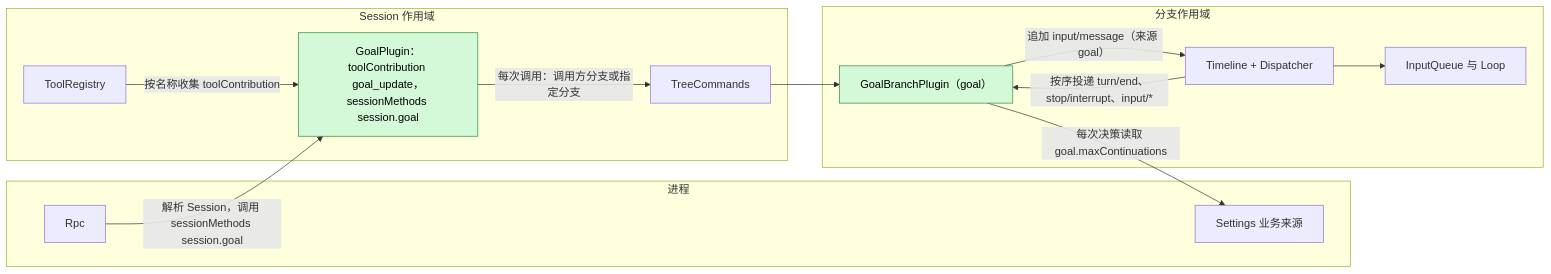
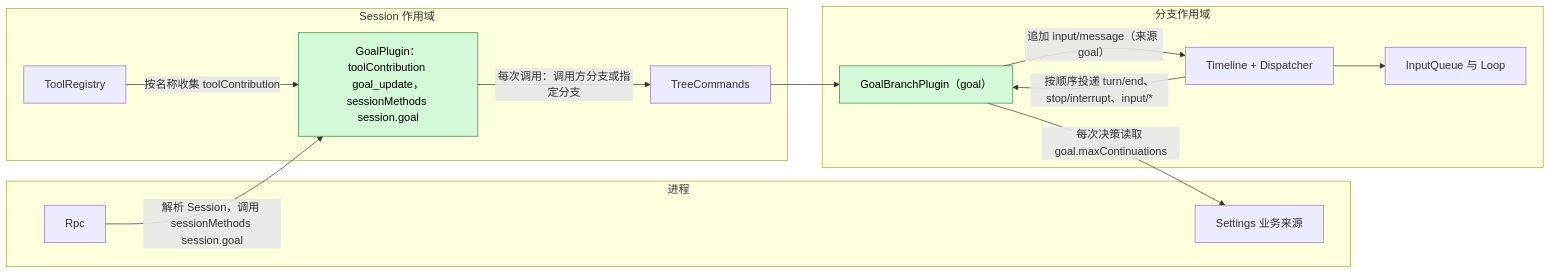
Before and after one commit to CoutinhoTTS/dim-agent: the first of 6 diagrams in docs/zh/design/plugins/Goal.md, drawn with Mermaid. The commit also changed other lines of this file and 18 other files, not shown here.

````diff
--- a/docs/zh/design/plugins/Goal.md
+++ b/docs/zh/design/plugins/Goal.md
@@ -9,26 +9,26 @@
 ```mermaid
 flowchart LR
   subgraph PROC["进程"]
     Rpc["Rpc"]
     Settings["Settings 业务来源"]
   end
   subgraph SESS["Session 作用域"]
     GS["GoalPlugin：toolContribution goal_update，sessionMethods session.goal"]:::new
     TR["ToolRegistry"]
     TC["TreeCommands"]
   end
   subgraph BR["分支作用域"]
     GB["GoalBranchPlugin（goal）"]:::new
     TL["Timeline + Dispatcher"]
     IQ["InputQueue 与 Loop"]
   end
   TR -- "按名称收集 toolContribution" --> GS
   Rpc -- "解析 Session，调用 sessionMethods session.goal" --> GS
   GS -- "每次调用：调用方分支或指定分支" --> TC
   TC --> GB
-  TL -- "按序投递 turn/end、stop/interrupt、input/*" --> GB
+  TL -- "按顺序投递 turn/end、stop/interrupt、input/*" --> GB
   GB -- "追加 input/message（来源 goal）" --> TL
   GB -- "每次决策读取 goal.maxContinuations" --> Settings
   TL --> IQ
   classDef new fill:#d3f9d8,stroke:#2b8a3e,color:#000
 ```
````
